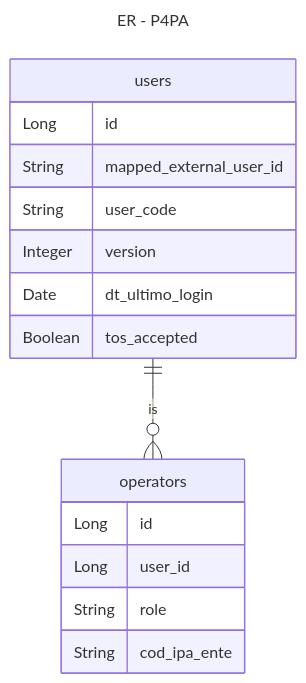
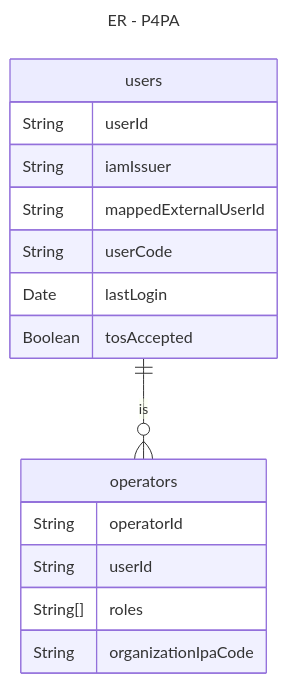
The diagram in design/auth/entityRelationship-p4pa.mmd (pagopa/p4pa-doc), drawn with Mermaid before and after one commit. The commit also changed 1 other file, not shown here.

Commit message:
fix: Updated User model on Auth DR (#14)
* updated User model on Auth DR

* CreateOperatorRequest will required organizationIpaCode

```diff
--- a/design/auth/entityRelationship-p4pa.mmd
+++ b/design/auth/entityRelationship-p4pa.mmd
@@ -1,21 +1,21 @@
 ---
 title: ER - P4PA
 ---
 erDiagram
     users {
-        Long id
-        String mapped_external_user_id
-        String user_code
-        Integer version
-        Date dt_ultimo_login
-        Boolean tos_accepted
+        String userId
+        String iamIssuer
+        String mappedExternalUserId
+        String userCode
+        Date lastLogin
+        Boolean tosAccepted
     }
 
     operators {
-        Long id
-        Long user_id
-        String role
-        String cod_ipa_ente
+        String operatorId
+        String userId
+        String[] roles
+        String organizationIpaCode
     }
 
     users ||--o{ operators : is
```
